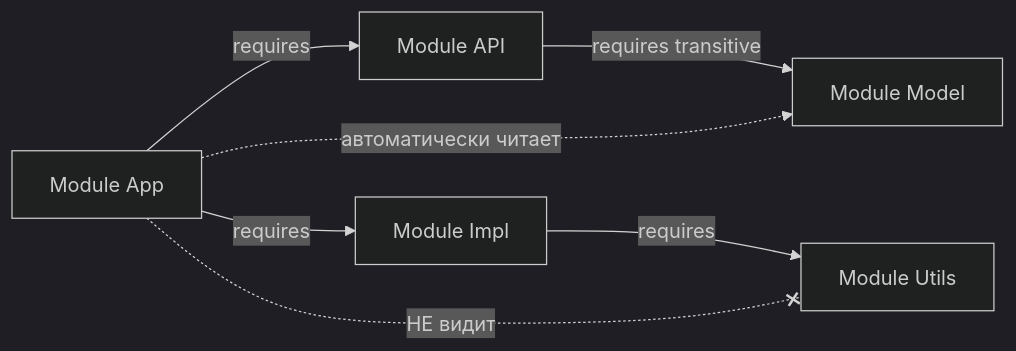
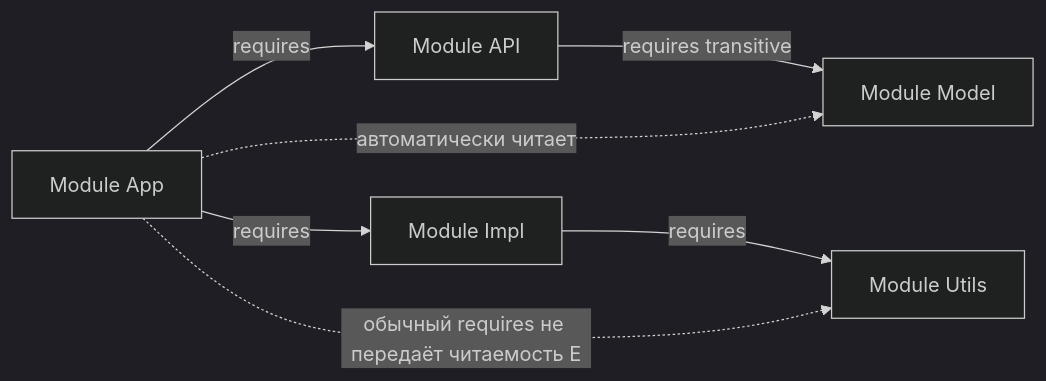
One commit to akeverus/cheat-sheet changed the third of 7 diagrams in cheatsheets/interview/programming-languages/java/java-modules-interview.md. Above: the diagram before and after it, drawn with Mermaid (dark theme). The commit also changed other lines of this file and 154 other files, not shown here.

````diff
--- a/cheatsheets/interview/programming-languages/java/java-modules-interview.md
+++ b/cheatsheets/interview/programming-languages/java/java-modules-interview.md
@@ -296,10 +283,10 @@
 ```mermaid
 graph LR
     A[Module App] -->|requires| B[Module API]
     B -->|requires transitive| C[Module Model]
     A -.->|автоматически читает| C
     
     A -->|requires| D[Module Impl]
     D -->|requires| E[Module Utils]
-    A -.-x|НЕ видит| E
+    A -.->|обычный requires не передаёт читаемость E| E
 ```
````
